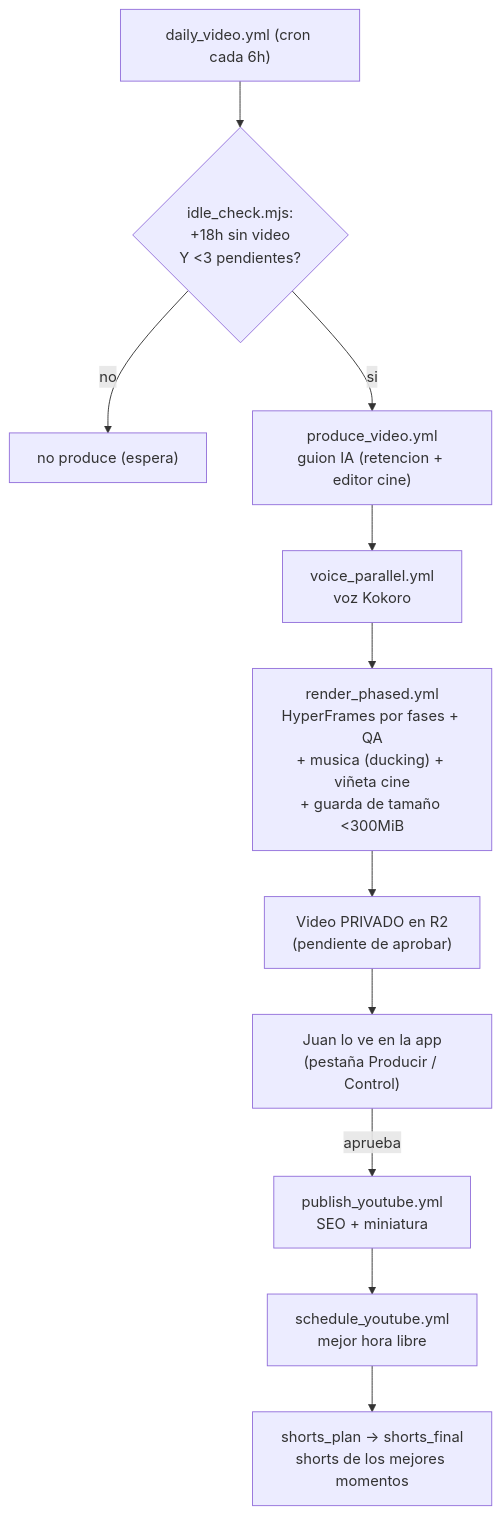
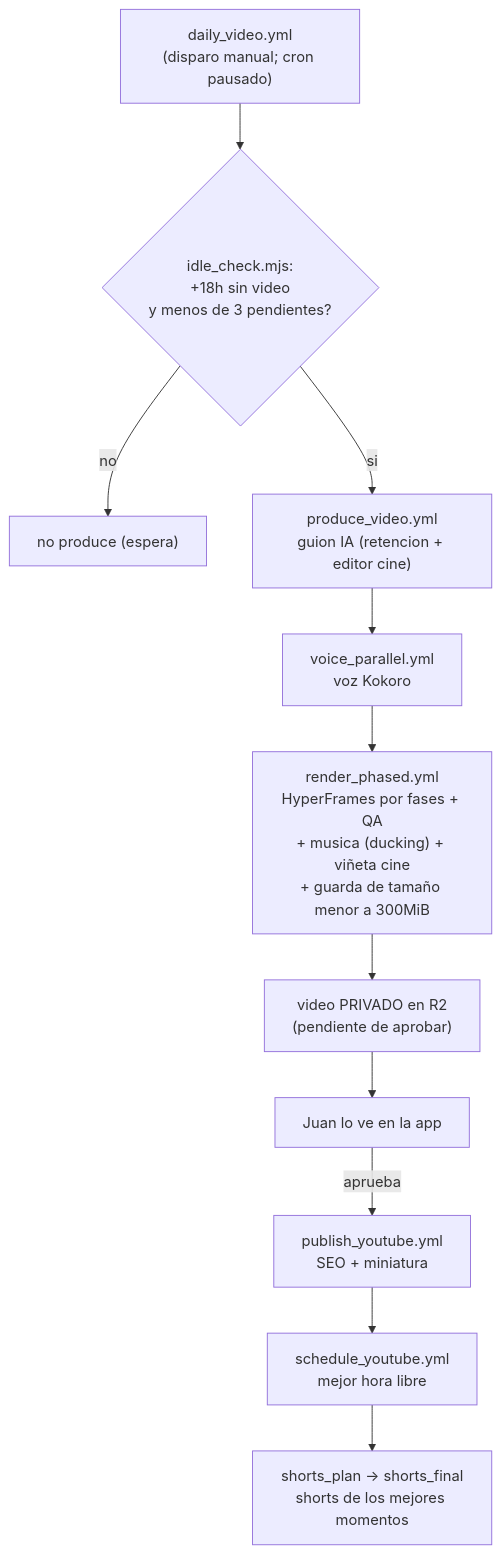
The first of 7 diagrams in docs/FLUJOS.md (juanberrio0399/video-forge), drawn with Mermaid before and after one commit. The commit also changed other lines of this file and 25 other files, not shown here.

````diff
--- a/docs/FLUJOS.md
+++ b/docs/FLUJOS.md
@@ -10,13 +13,13 @@
 ```mermaid
 flowchart TD
-  cron["daily_video.yml (cron cada 6h)"] --> idle{"idle_check.mjs:\n+18h sin video\nY <3 pendientes?"}
+  cron["daily_video.yml<br/>(disparo manual; cron pausado)"] --> idle{"idle_check.mjs:<br/>+18h sin video<br/>y menos de 3 pendientes?"}
   idle -- no --> stop["no produce (espera)"]
-  idle -- si --> pv["produce_video.yml\nguion IA (retencion + editor cine)"]
-  pv --> voice["voice_parallel.yml\nvoz Kokoro"]
-  voice --> render["render_phased.yml\nHyperFrames por fases + QA\n+ musica (ducking) + viñeta cine\n+ guarda de tamaño <300MiB"]
-  render --> priv["Video PRIVADO en R2\n(pendiente de aprobar)"]
-  priv --> app["Juan lo ve en la app\n(pestaña Producir / Control)"]
-  app -- aprueba --> pub["publish_youtube.yml\nSEO + miniatura"]
-  pub --> sched["schedule_youtube.yml\nmejor hora libre"]
-  sched --> shorts["shorts_plan -> shorts_final\nshorts de los mejores momentos"]
+  idle -- si --> pv["produce_video.yml<br/>guion IA (retencion + editor cine)"]
+  pv --> voice["voice_parallel.yml<br/>voz Kokoro"]
+  voice --> render["render_phased.yml<br/>HyperFrames por fases + QA<br/>+ musica (ducking) + viñeta cine<br/>+ guarda de tamaño menor a 300MiB"]
+  render --> priv["video PRIVADO en R2<br/>(pendiente de aprobar)"]
+  priv --> app["Juan lo ve en la app"]
+  app -- aprueba --> pub["publish_youtube.yml<br/>SEO + miniatura"]
+  pub --> sched["schedule_youtube.yml<br/>mejor hora libre"]
+  sched --> shorts["shorts_plan -> shorts_final<br/>shorts de los mejores momentos"]
 ```
````
